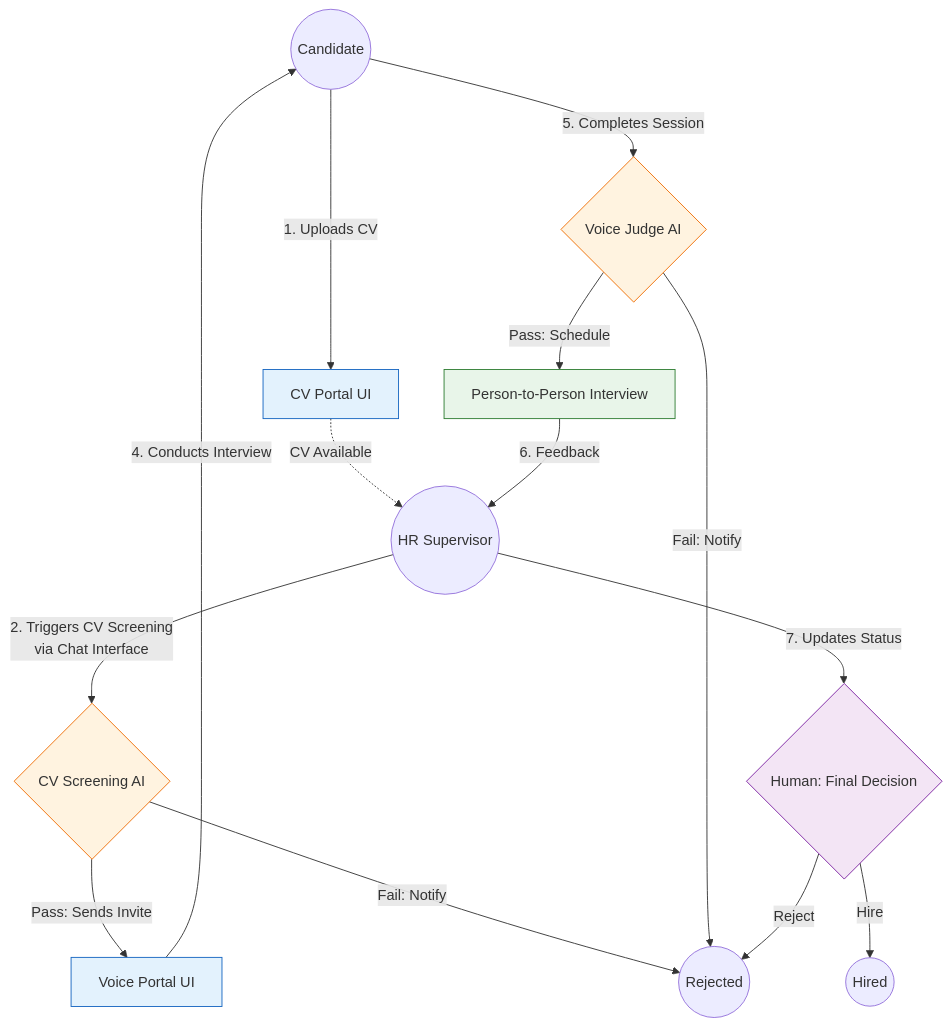
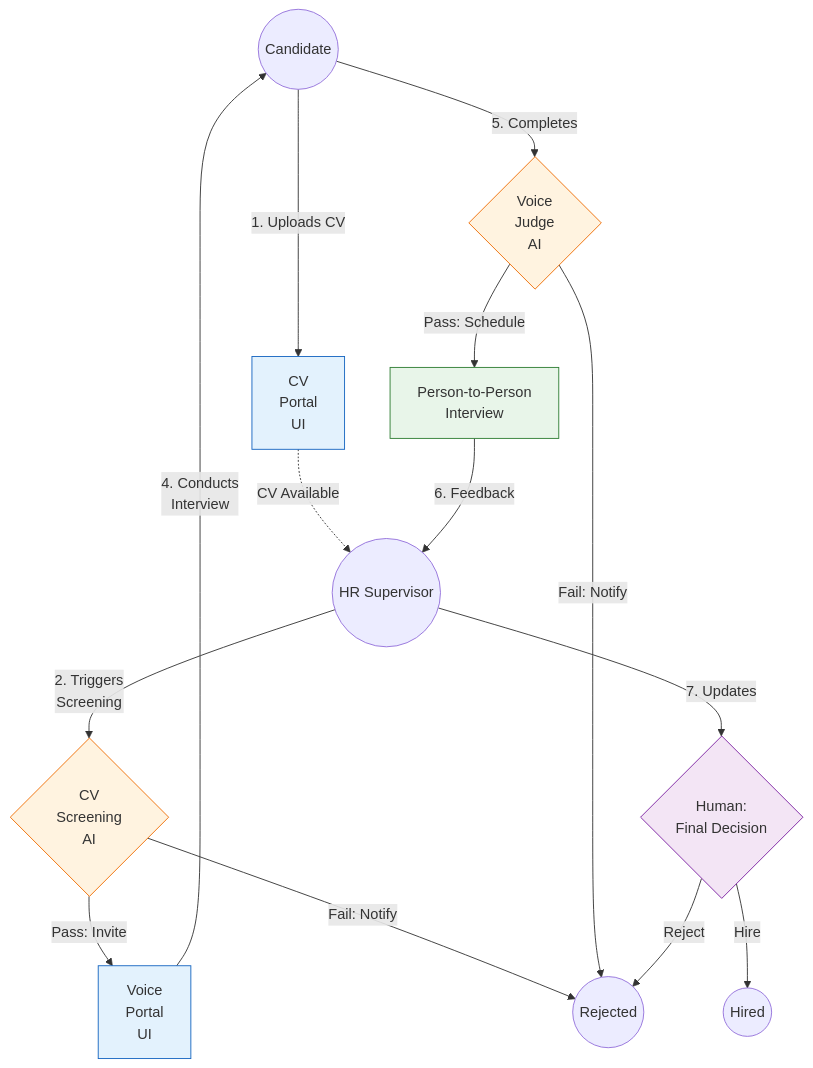
The first of 5 diagrams in README.md (Ocean-code-1995/recruitment-agent), drawn with Mermaid before and after one commit.

Commit message:
application flow

````diff
--- a/README.md
+++ b/README.md
@@ -179,42 +179,39 @@
 ```mermaid
-graph TD
-    %% Actors
+graph TB
     Candidate((Candidate))
     HR((HR Supervisor))
 
-    %% System Components (Nodes)
-    CV_UI[CV Portal UI]
-    CV_Screen{CV Screening AI}
-    Voice_UI[Voice Portal UI]
-    Voice_Judge{Voice Judge AI}
-    Interview[Person-to-Person Interview]
-    Decision{Human: Final Decision}
+    CV_UI[CV<br/>Portal<br/>UI]
+    CV_Screen{CV<br/>Screening<br/>AI}
+    Voice_UI[Voice<br/>Portal<br/>UI]
+    Voice_Judge{Voice<br/>Judge<br/>AI}
+    Interview[Person-to-Person<br/>Interview]
+    Decision{Human:<br/>Final Decision}
 
-    %% Flow & Actions (Edges)
     Candidate -->|1. Uploads CV| CV_UI
-    HR -->|2. Triggers CV Screening<br/>via Chat Interface| CV_Screen
+    HR -->|2. Triggers<br/>Screening| CV_Screen
     CV_UI -.->|CV Available| HR
     
-    CV_Screen -->|Pass: Sends Invite| Voice_UI
+    CV_Screen -->|Pass: Invite| Voice_UI
     CV_Screen -->|Fail: Notify| Rejected((Rejected))
 
-    Voice_UI -->|4. Conducts Interview| Candidate
-    Candidate -->|5. Completes Session| Voice_Judge
+    Voice_UI -->|4. Conducts<br/>Interview| Candidate
+    Candidate -->|5. Completes| Voice_Judge
     
     Voice_Judge -->|Pass: Schedule| Interview
     Voice_Judge -->|Fail: Notify| Rejected
 
     Interview -->|6. Feedback| HR
-    HR -->|7. Updates Status| Decision
+    HR -->|7. Updates| Decision
     
     Decision -->|Hire| Hired((Hired))
     Decision -->|Reject| Rejected
 
-    %% Styling
     style CV_UI fill:#e3f2fd,stroke:#1565c0
     style Voice_UI fill:#e3f2fd,stroke:#1565c0
     style CV_Screen fill:#fff3e0,stroke:#ef6c00
     style Voice_Judge fill:#fff3e0,stroke:#ef6c00
     style Interview fill:#e8f5e9,stroke:#2e7d32
     style Decision fill:#f3e5f5,stroke:#7b1fa2
+
 ```
````
